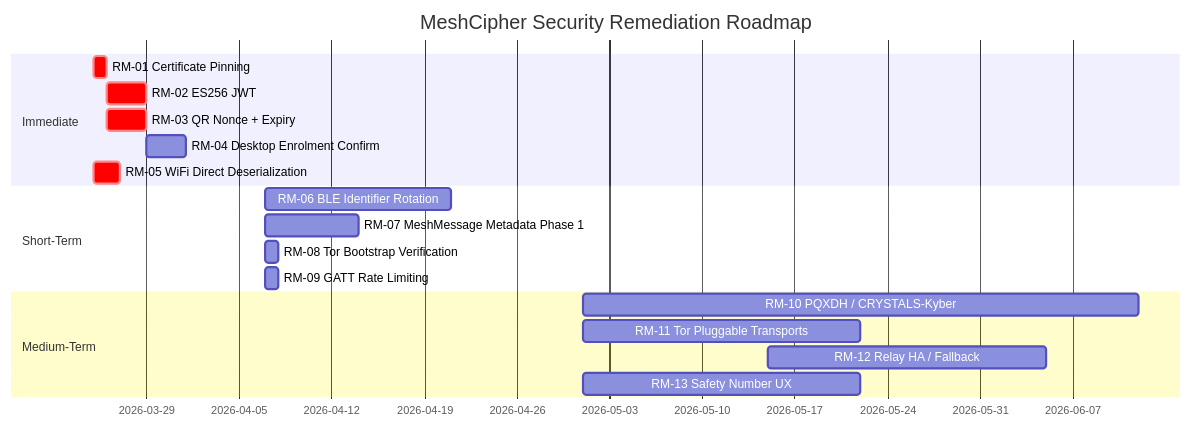
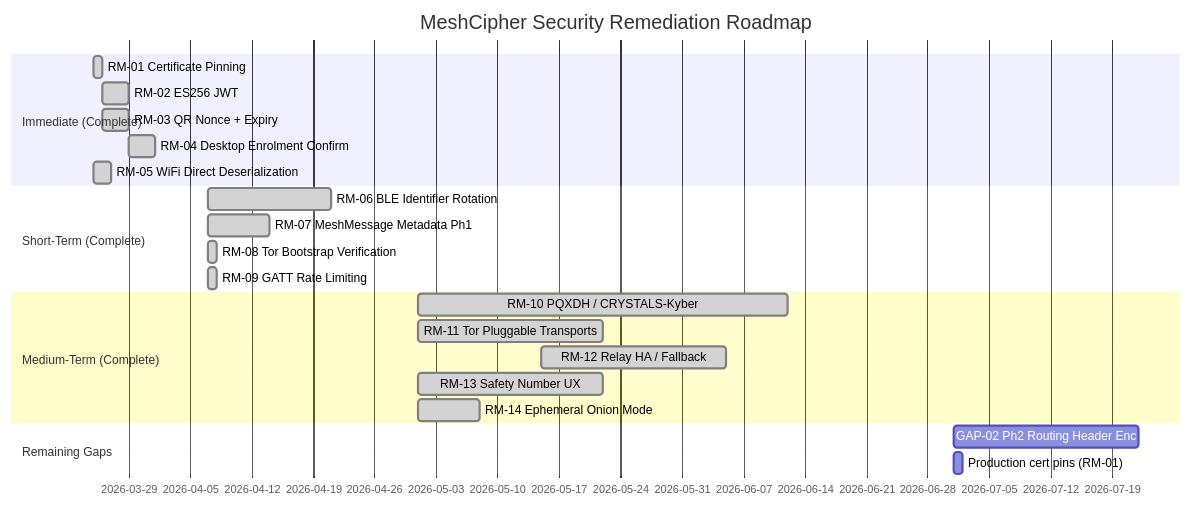
The diagram in 07-security-roadmap.md (NickEvans4130/meshcipher-threat-model), drawn with Mermaid before and after one commit. The commit also changed other lines of this file and 2 other files, not shown here.

````diff
--- a/07-security-roadmap.md
+++ b/07-security-roadmap.md
@@ -198,21 +234,25 @@
 ```mermaid
 gantt
     title MeshCipher Security Remediation Roadmap
     dateFormat YYYY-MM-DD
-    section Immediate
-        RM-01 Certificate Pinning        :crit, rm01, 2026-03-25, 1d
-        RM-02 ES256 JWT                  :crit, rm02, 2026-03-26, 3d
-        RM-03 QR Nonce + Expiry          :crit, rm03, 2026-03-26, 3d
-        RM-04 Desktop Enrolment Confirm  :rm04, after rm03, 3d
-        RM-05 WiFi Direct Deserialization :crit, rm05, 2026-03-25, 2d
-    section Short-Term
-        RM-06 BLE Identifier Rotation    :rm06, 2026-04-07, 14d
-        RM-07 MeshMessage Metadata Phase 1 :rm07, 2026-04-07, 7d
-        RM-08 Tor Bootstrap Verification :rm08, 2026-04-07, 1d
-        RM-09 GATT Rate Limiting         :rm09, 2026-04-07, 1d
-    section Medium-Term
-        RM-10 PQXDH / CRYSTALS-Kyber     :rm10, 2026-05-01, 42d
-        RM-11 Tor Pluggable Transports   :rm11, 2026-05-01, 21d
-        RM-12 Relay HA / Fallback        :rm12, 2026-05-15, 21d
-        RM-13 Safety Number UX           :rm13, 2026-05-01, 21d
+    section Immediate (Complete)
+        RM-01 Certificate Pinning         :done, rm01, 2026-03-25, 1d
+        RM-02 ES256 JWT                   :done, rm02, 2026-03-26, 3d
+        RM-03 QR Nonce + Expiry           :done, rm03, 2026-03-26, 3d
+        RM-04 Desktop Enrolment Confirm   :done, rm04, after rm03, 3d
+        RM-05 WiFi Direct Deserialization :done, rm05, 2026-03-25, 2d
+    section Short-Term (Complete)
+        RM-06 BLE Identifier Rotation     :done, rm06, 2026-04-07, 14d
+        RM-07 MeshMessage Metadata Ph1    :done, rm07, 2026-04-07, 7d
+        RM-08 Tor Bootstrap Verification  :done, rm08, 2026-04-07, 1d
+        RM-09 GATT Rate Limiting          :done, rm09, 2026-04-07, 1d
+    section Medium-Term (Complete)
+        RM-10 PQXDH / CRYSTALS-Kyber      :done, rm10, 2026-05-01, 42d
+        RM-11 Tor Pluggable Transports    :done, rm11, 2026-05-01, 21d
+        RM-12 Relay HA / Fallback         :done, rm12, 2026-05-15, 21d
+        RM-13 Safety Number UX            :done, rm13, 2026-05-01, 21d
+        RM-14 Ephemeral Onion Mode        :done, rm14, 2026-05-01, 7d
+    section Remaining Gaps
+        GAP-02 Ph2 Routing Header Enc     :gap02, 2026-07-01, 21d
+        Production cert pins (RM-01)      :certpin, 2026-07-01, 1d
 ```
````
